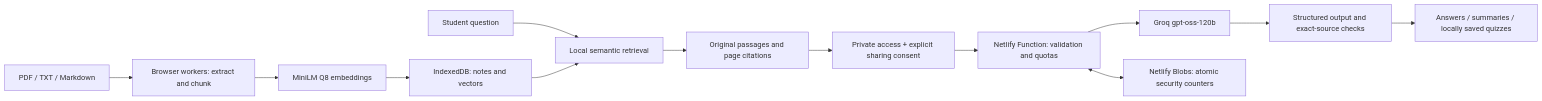
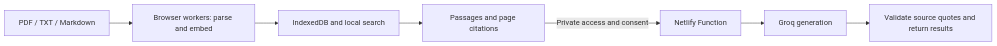
One commit to ishanwork43-bit/padhAI changed the diagram in README.md. Above: the diagram before and after it, drawn with Mermaid. The commit also changed other lines of this file and 11 other files, not shown here.

````diff
--- a/README.md
+++ b/README.md
@@ -24,15 +21,9 @@
 ```mermaid
 flowchart LR
-  A[PDF / TXT / Markdown] --> B[Browser workers: extract and chunk]
-  B --> C[MiniLM Q8 embeddings]
-  C --> D[IndexedDB: notes and vectors]
-  Q[Student question] --> E[Local semantic retrieval]
-  D --> E
-  E --> F[Original passages and page citations]
-  F --> G[Private access + explicit sharing consent]
-  G --> H[Netlify Function: validation and quotas]
-  H --> I[Groq gpt-oss-120b]
-  I --> J[Structured output and exact-source checks]
-  J --> K[Answers / summaries / locally saved quizzes]
-  H <--> L[Netlify Blobs: atomic security counters]
+  Notes[PDF / TXT / Markdown] --> Browser[Browser workers: parse and embed]
+  Browser --> Local[IndexedDB and local search]
+  Local --> Sources[Passages and page citations]
+  Sources -->|Private access and consent| API[Netlify Function]
+  API --> Groq[Groq generation]
+  Groq --> Check[Validate source quotes and return results]
 ```
````
